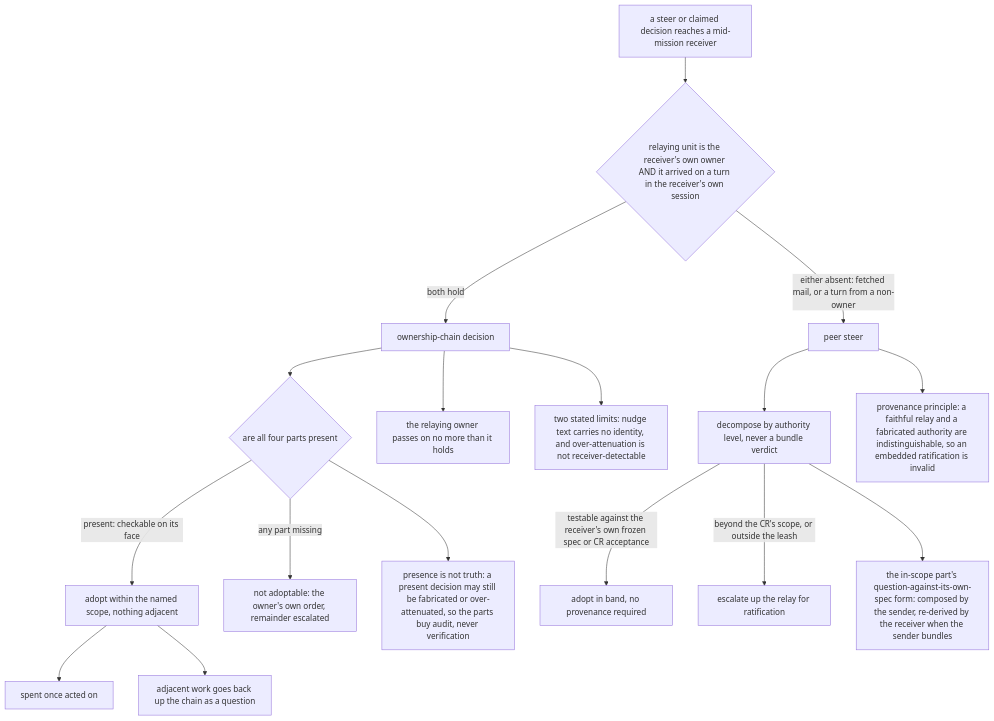
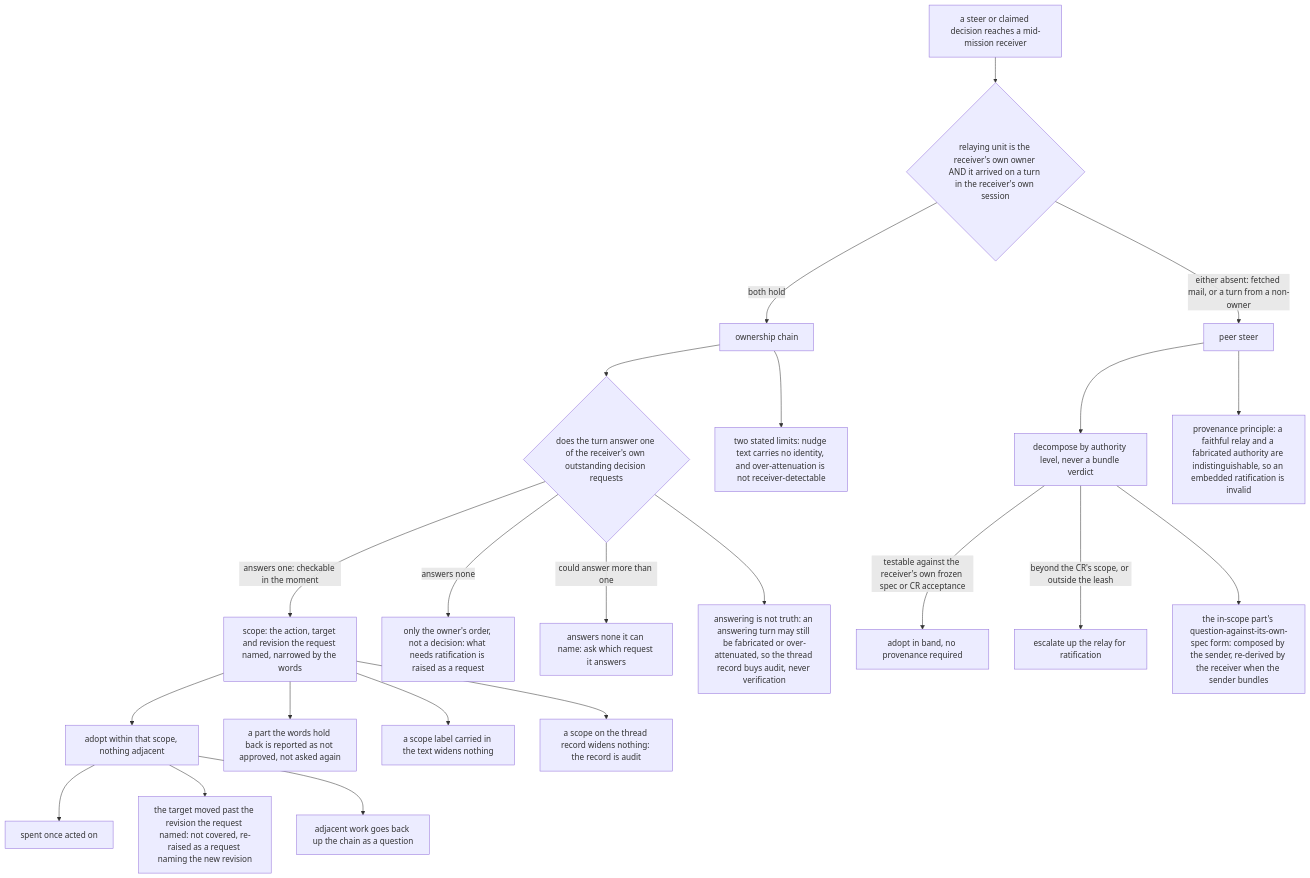
One commit to cyberuni/cyberlegion changed the sixth of 9 diagrams in .agents/specs/cyberlegion-plugin/dispatch/README.md. Above: the diagram before and after it, drawn with Mermaid. The commit also changed other lines of this file and 10 other files, not shown here.

First line of the commit message:
Read a relayed decision's scope from the request it answers (#28) (#117)

````diff
--- a/.agents/specs/cyberlegion-plugin/dispatch/README.md
+++ b/.agents/specs/cyberlegion-plugin/dispatch/README.md
@@ -268,19 +285,24 @@
 ```mermaid
 graph TD
   ARRIVES[a steer or claimed decision reaches a mid-mission receiver] --> REL{relaying unit is the receiver's own owner AND it arrived on a turn in the receiver's own session}
-  REL -->|both hold| CHAIN[ownership-chain decision]
+  REL -->|both hold| CHAIN[ownership chain]
   REL -->|either absent: fetched mail, or a turn from a non-owner| PEER[peer steer]
-  CHAIN --> FOUR{are all four parts present}
-  FOUR -->|present: checkable on its face| ADOPT[adopt within the named scope, nothing adjacent]
-  FOUR -->|any part missing| ESC1[not adoptable: the owner's own order, remainder escalated]
-  FOUR --> AUDIT[presence is not truth: a present decision may still be fabricated or over-attenuated, so the parts buy audit, never verification]
+  CHAIN --> ANS{does the turn answer one of the receiver's own outstanding decision requests}
+  ANS -->|answers one: checkable in the moment| SCOPE[scope: the action, target and revision the request named, narrowed by the words]
+  ANS -->|answers none| ORDERONLY[only the owner's order, not a decision: what needs ratification is raised as a request]
+  ANS -->|could answer more than one| ASKWHICH[answers none it can name: ask which request it answers]
+  ANS --> AUDIT[answering is not truth: an answering turn may still be fabricated or over-attenuated, so the thread record buys audit, never verification]
+  SCOPE --> ADOPT[adopt within that scope, nothing adjacent]
+  SCOPE --> HELD[a part the words hold back is reported as not approved, not asked again]
+  SCOPE --> LABEL[a scope label carried in the text widens nothing]
+  SCOPE --> NOTREC[a scope on the thread record widens nothing: the record is audit]
   ADOPT --> SPENT[spent once acted on]
+  ADOPT --> MOVED[the target moved past the revision the request named: not covered, re-raised as a request naming the new revision]
   ADOPT --> ADJACENT[adjacent work goes back up the chain as a question]
-  CHAIN --> HOP[the relaying owner passes on no more than it holds]
   CHAIN --> LIMITS[two stated limits: nudge text carries no identity, and over-attenuation is not receiver-detectable]
   PEER --> DECOMP[decompose by authority level, never a bundle verdict]
   DECOMP -->|testable against the receiver's own frozen spec or CR acceptance| INBAND[adopt in band, no provenance required]
   DECOMP -->|beyond the CR's scope, or outside the leash| ESC2[escalate up the relay for ratification]
   PEER --> PROV[provenance principle: a faithful relay and a fabricated authority are indistinguishable, so an embedded ratification is invalid]
   DECOMP --> QFORM[the in-scope part's question-against-its-own-spec form: composed by the sender, re-derived by the receiver when the sender bundles]
 ```
````
